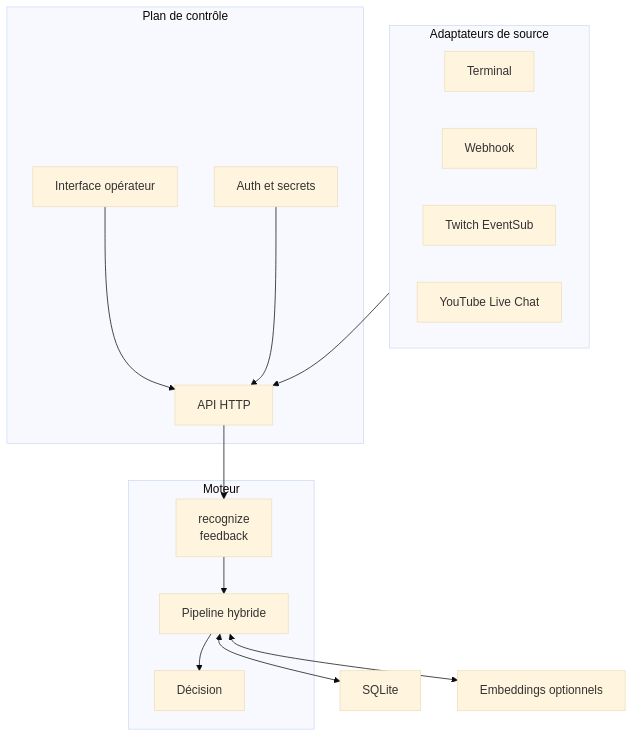
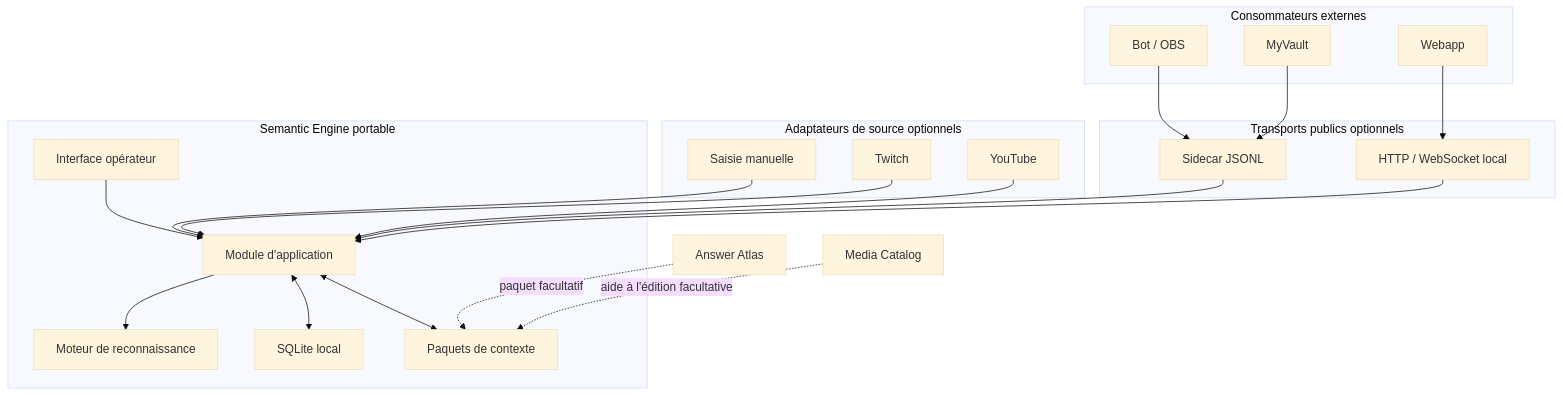
One commit to W-D0n/semantic-engine changed the diagram in docs/architecture/overview.md. Above: the diagram before and after it, drawn with Mermaid (base theme). The commit also changed other lines of this file and 8 other files, not shown here.

````diff
--- a/docs/architecture/overview.md
+++ b/docs/architecture/overview.md
@@ -7,22 +9,33 @@
 ```mermaid
 flowchart TB
-    subgraph Sources["Adaptateurs de source"]
-        CLI["Terminal"]
-        WEB["Webhook"]
-        TW["Twitch EventSub"]
-        YT["YouTube Live Chat"]
+    subgraph Product["Semantic Engine portable"]
+        UI["Interface opérateur"] --> HOST["Module d'application"]
+        HOST --> CORE["Moteur de reconnaissance"]
+        HOST <--> STORE["SQLite local"]
+        HOST <--> PACKS["Paquets de contexte"]
     end
-    subgraph Control["Plan de contrôle"]
-        REST["API HTTP"]
-        UI["Interface opérateur"]
-        AUTH["Auth et secrets"]
+    subgraph Inputs["Adaptateurs de source optionnels"]
+        MANUAL["Saisie manuelle"]
+        TWITCH["Twitch"]
+        YOUTUBE["YouTube"]
     end
-    subgraph Core["Moteur"]
-        CONTRACT["recognize<br/>feedback"] --> PIPE["Pipeline hybride"] --> POLICY["Décision"]
+    subgraph Public["Transports publics optionnels"]
+        JSONL["Sidecar JSONL"]
+        HTTP["HTTP / WebSocket local"]
     end
-    Sources --> REST --> CONTRACT
-    UI --> REST
-    AUTH --> REST
-    PIPE <--> STORE["SQLite"]
-    PIPE <--> EMB["Embeddings optionnels"]
+    subgraph Consumers["Consommateurs externes"]
+        WEBAPP["Webapp"]
+        BOT["Bot / OBS"]
+        MYVAULT["MyVault"]
+    end
+    MANUAL --> HOST
+    TWITCH --> HOST
+    YOUTUBE --> HOST
+    JSONL --> HOST
+    HTTP --> HOST
+    WEBAPP --> HTTP
+    BOT --> JSONL
+    MYVAULT --> JSONL
+    ATLAS["Answer Atlas"] -.->|"paquet facultatif"| PACKS
+    CATALOG["Media Catalog"] -.->|"aide à l'édition facultative"| PACKS
 ```
````
